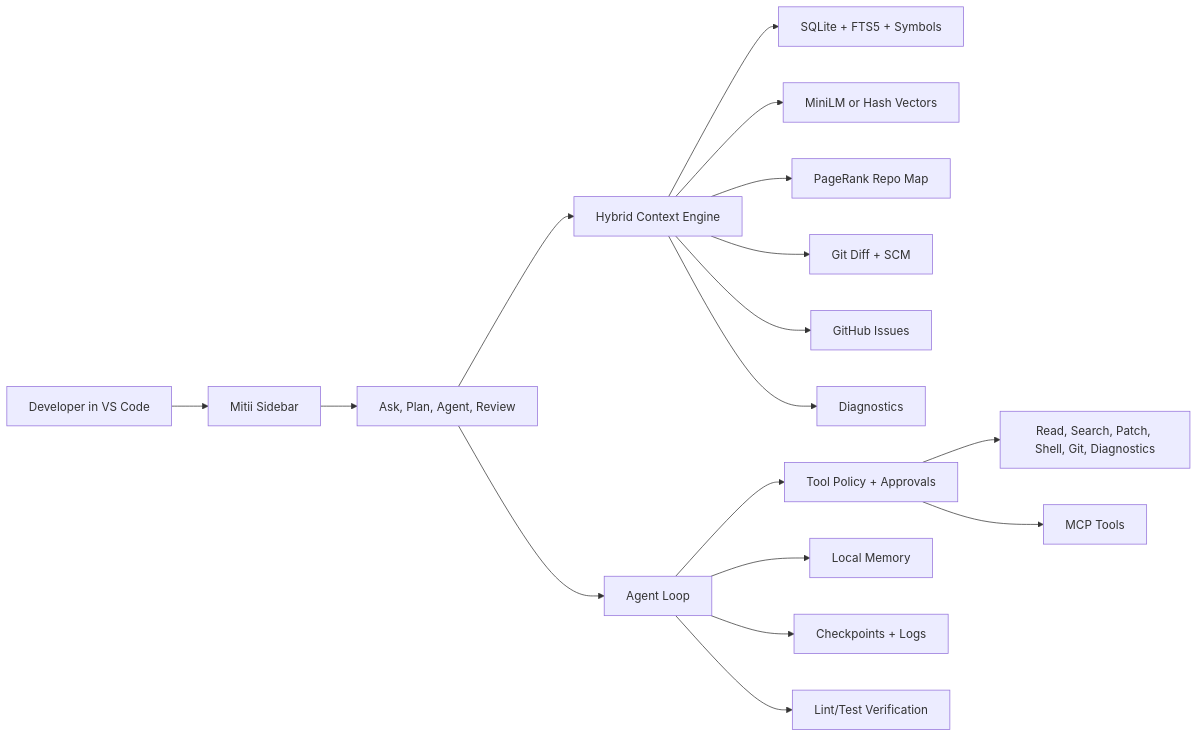
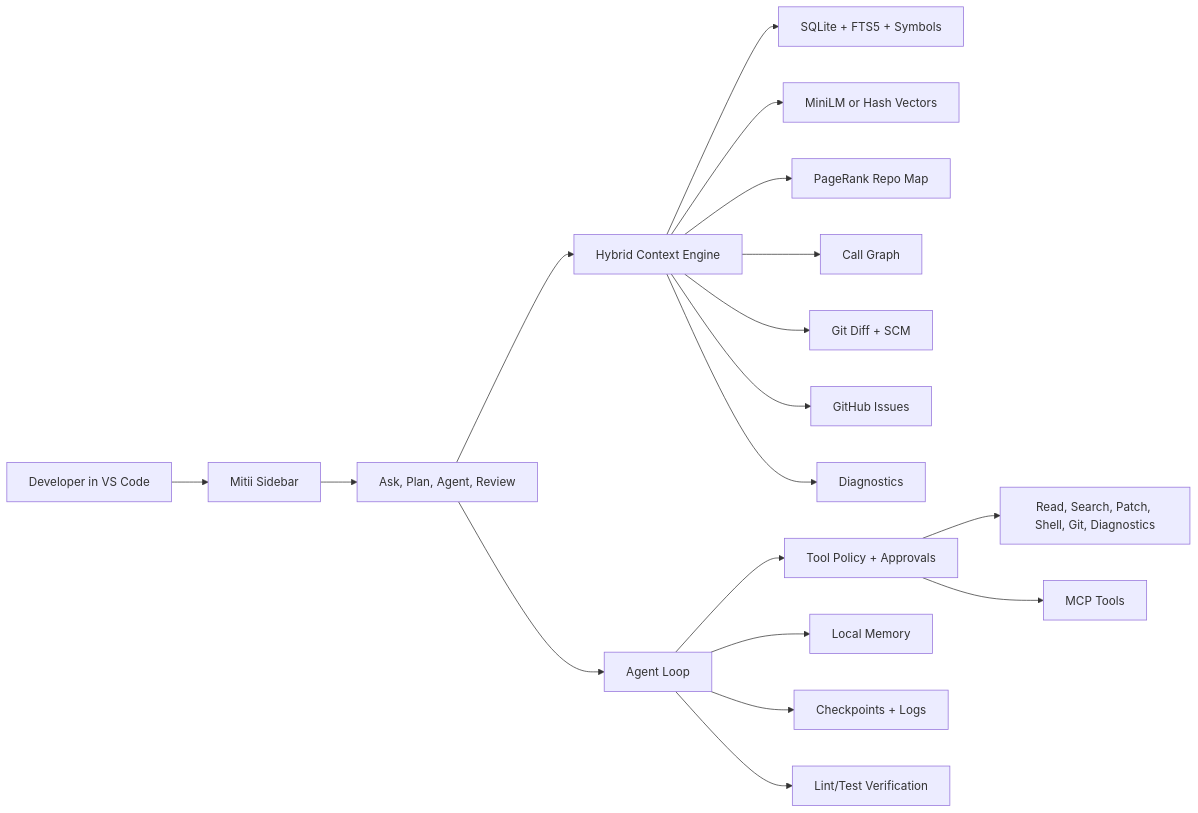
One commit to Mitii-dev/Mitii changed the first of 4 diagrams in README.md. Above: the diagram before and after it, drawn with Mermaid. The commit also changed other lines of this file and 3 other files, not shown here.

````diff
--- a/README.md
+++ b/README.md
@@ -126,19 +126,20 @@
 ```mermaid
 flowchart LR
   User[Developer in VS Code] --> UI[Mitii Sidebar]
   UI --> Modes[Ask, Plan, Agent, Review]
   Modes --> Context[Hybrid Context Engine]
   Context --> Index[SQLite + FTS5 + Symbols]
   Context --> Vectors[MiniLM or Hash Vectors]
   Context --> RepoMap[PageRank Repo Map]
+  Context --> CallGraph[Call Graph]
   Context --> Git[Git Diff + SCM]
   Context --> Issues[GitHub Issues]
   Context --> LSP[Diagnostics]
   Modes --> Agent[Agent Loop]
   Agent --> Safety[Tool Policy + Approvals]
   Safety --> Tools[Read, Search, Patch, Shell, Git, Diagnostics]
   Safety --> MCP[MCP Tools]
   Agent --> Memory[Local Memory]
   Agent --> Checkpoints[Checkpoints + Logs]
   Agent --> Verify[Lint/Test Verification]
 ```
````
